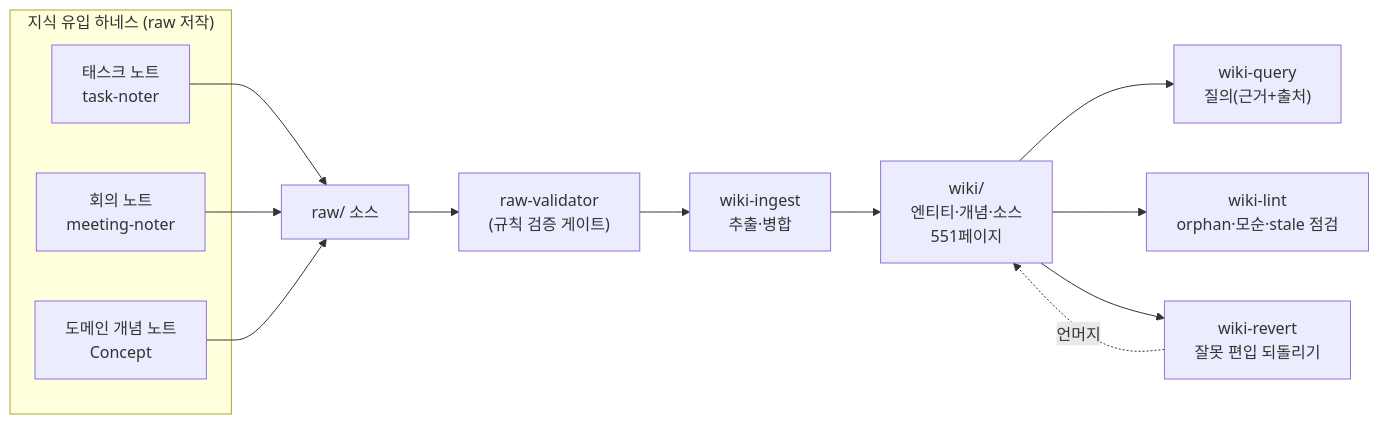
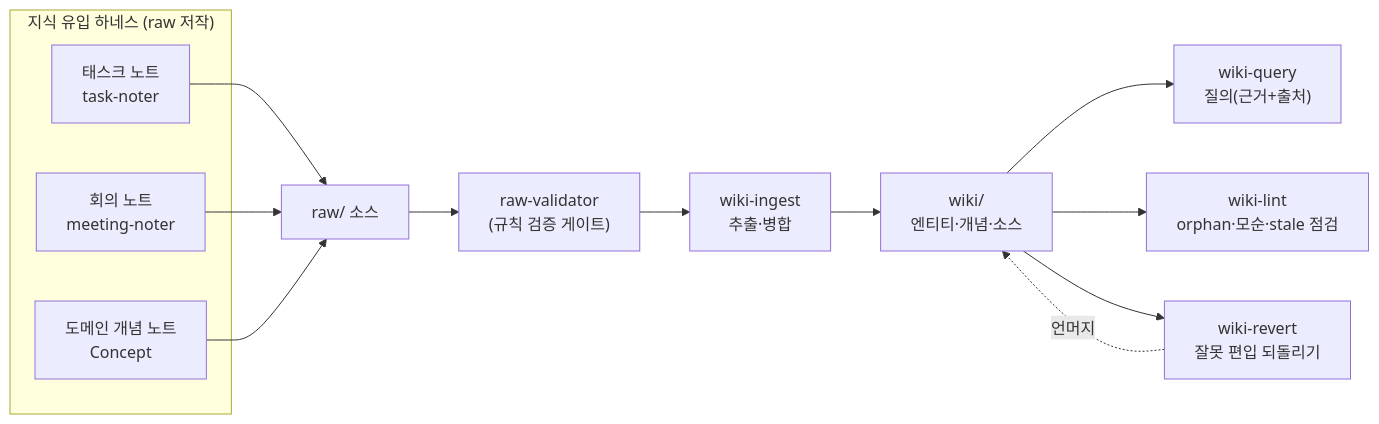
The diagram in src/content/blog/LLM-Wiki-하네스-구현-사례.md (jsyang-dev/lucid-log), drawn with Mermaid before and after one commit.

Commit message:
post(web-publish): 1건 동기화

````diff
--- a/src/content/blog/LLM-Wiki-하네스-구현-사례.md
+++ b/src/content/blog/LLM-Wiki-하네스-구현-사례.md
@@ -84,24 +84,24 @@
 ```mermaid
 flowchart LR
     subgraph FEED["지식 유입 하네스 (raw 저작)"]
         T["태스크 노트<br/>task-noter"]
         M["회의 노트<br/>meeting-noter"]
         C["도메인 개념 노트<br/>Concept"]
     end
     RAW["raw/ 소스"]
     VAL["raw-validator<br/>(규칙 검증 게이트)"]
     ING["wiki-ingest<br/>추출·병합"]
-    WIKI["wiki/<br/>엔티티·개념·소스<br/>551페이지"]
+    WIKI["wiki/<br/>엔티티·개념·소스"]
     Q["wiki-query<br/>질의(근거+출처)"]
     L["wiki-lint<br/>orphan·모순·stale 점검"]
     R["wiki-revert<br/>잘못 편입 되돌리기"]
 
     T --> RAW
     M --> RAW
     C --> RAW
     RAW --> VAL --> ING --> WIKI
     WIKI --> Q
     WIKI --> L
     WIKI --> R
     R -.언머지.-> WIKI
 ```
````
